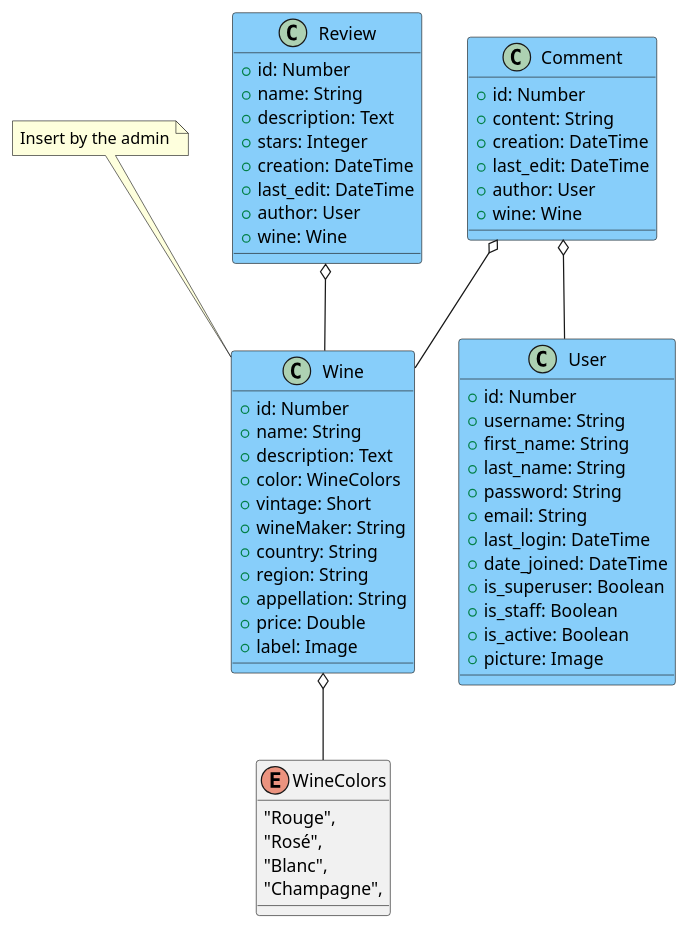
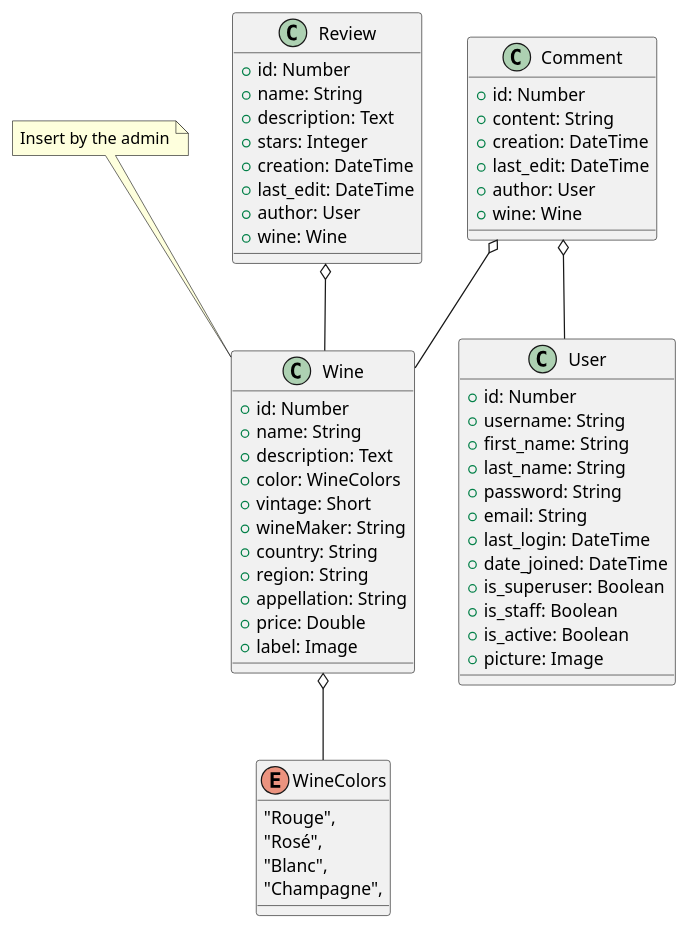
Before and after one commit to qanastek/WineNot: the diagram in API/Overview.plantuml, drawn with PlantUML. The commit also changed 105 other files, not shown here.

```diff
--- a/API/Overview.plantuml
+++ b/API/Overview.plantuml
@@ -1,66 +1,67 @@
 @startuml Overview
 
-class Wine #LightSkyBlue {
+' #LightSkyBlue
+class Wine {
     + id: Number
     + name: String
     + description: Text
     + color: WineColors
     + vintage: Short
     + wineMaker: String
     + country: String
     + region: String
     + appellation: String
     + price: Double
     + label: Image
 }
 Wine o-- WineColors
 note top of Wine
 Insert by the admin
 end note
 
-class Review #LightSkyBlue {
+class Review {
     + id: Number
     + name: String
     + description: Text
     + stars: Integer
     + creation: DateTime
     + last_edit: DateTime
     + author: User
     + wine: Wine
 }
 Review o-- Wine
 
-class Comment #LightSkyBlue {
+class Comment {
     + id: Number
     + content: String
     + creation: DateTime
     + last_edit: DateTime
     + author: User
     + wine: Wine
 }
 Comment o-- Wine
 Comment o-- User
 
-class User #LightSkyBlue {
+class User {
     + id: Number
     + username: String
     + first_name: String
     + last_name: String
     + password: String
     + email: String
     + last_login: DateTime
     + date_joined: DateTime
     + is_superuser: Boolean
     + is_staff: Boolean
     + is_active: Boolean
     + picture: Image
 }
 
 Enum WineColors {
     "Rouge",
     "Rosé",
     "Blanc",
     "Champagne",
 }
 
 @enduml
```
